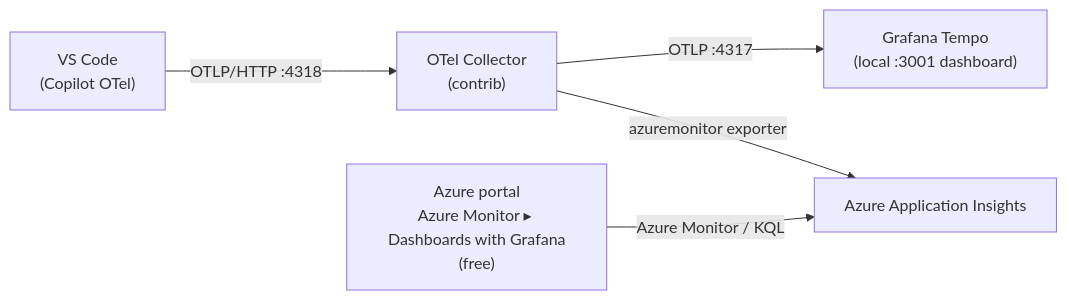
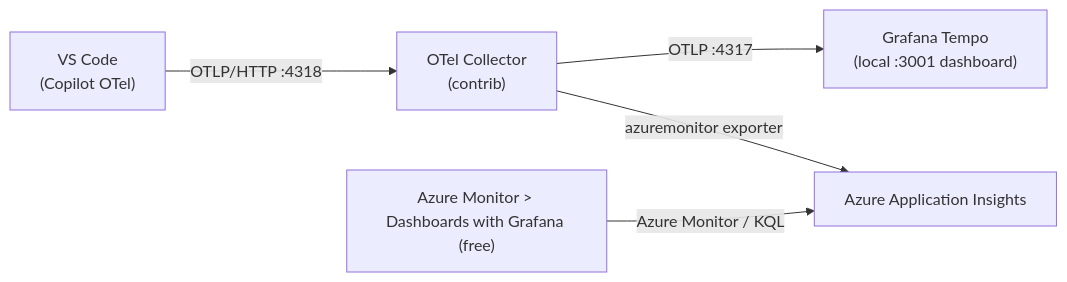
One commit to webmaxru/copilot-otel-grafana changed the first of 3 diagrams in README.md. Above: the diagram before and after it, drawn with Mermaid. The commit also changed other lines of this file and 3 other files, not shown here.

First line of the commit message:
Add Option C (Grafana Cloud) and Option D (Azure Container Apps collector)

````diff
--- a/README.md
+++ b/README.md
@@ -135,7 +155,7 @@
 ```mermaid
 flowchart LR
     VS["VS Code<br/>(Copilot OTel)"] -->|OTLP/HTTP :4318| Col["OTel Collector<br/>(contrib)"]
     Col -->|OTLP :4317| Tempo["Grafana Tempo<br/>(local :3001 dashboard)"]
     Col -->|azuremonitor exporter| AI["Azure Application Insights"]
-    Portal["Azure portal<br/>Azure Monitor ▸ Dashboards with Grafana<br/>(free)"] -->|Azure Monitor / KQL| AI
+    Portal["Azure Monitor > Dashboards with Grafana (free)"] -->|Azure Monitor / KQL| AI
 ```
````
